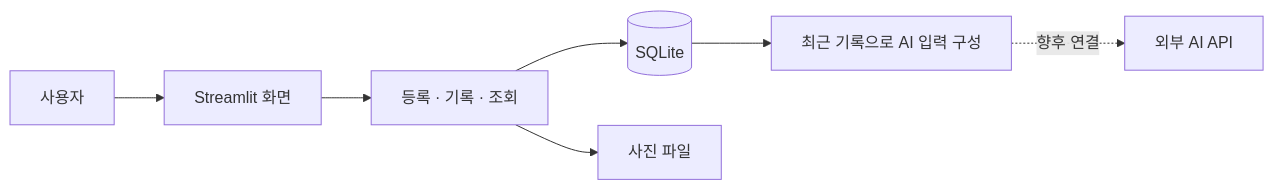
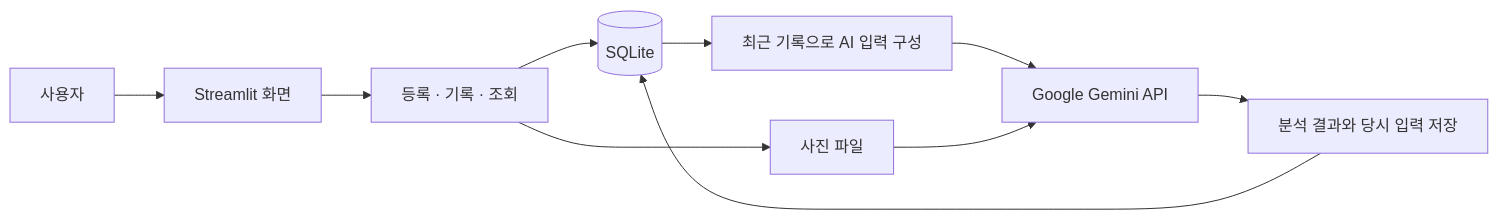
The diagram in README.md (Mhoyoung/plant-care-ai), drawn with Mermaid before and after one commit. The commit also changed other lines of this file and 12 other files, not shown here.

````diff
--- a/README.md
+++ b/README.md
@@ -73,9 +78,12 @@
 ```mermaid
 flowchart LR
     USER[사용자] --> UI[Streamlit 화면]
     UI --> STORE[등록 · 기록 · 조회]
     STORE --> DB[(SQLite)]
     STORE --> PHOTO[사진 파일]
     DB --> CONTEXT[최근 기록으로 AI 입력 구성]
-    CONTEXT -. 향후 연결 .-> AI[외부 AI API]
+    CONTEXT --> AI[Google Gemini API]
+    PHOTO --> AI
+    AI --> RESULT[분석 결과와 당시 입력 저장]
+    RESULT --> DB
 ```
````
